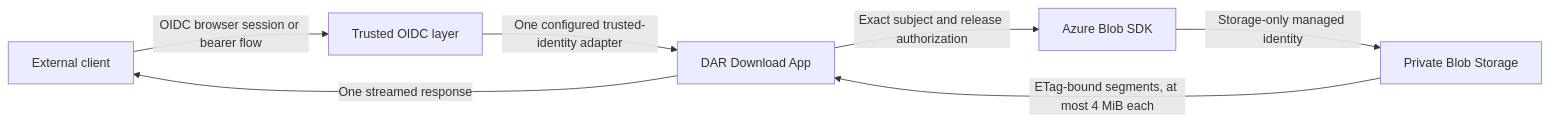
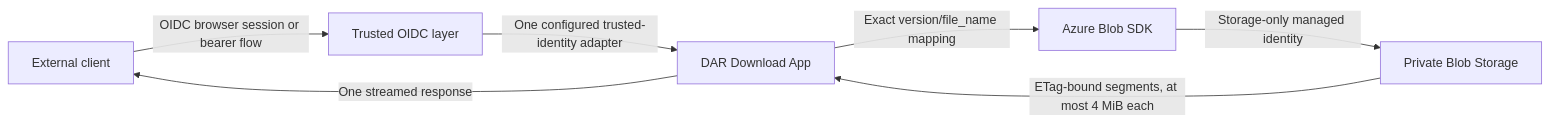
One commit to SalehElnagar/dar-download-app changed the diagram in README.md. Above: the diagram before and after it, drawn with Mermaid. The commit also changed other lines of this file and 25 other files, not shown here.

````diff
--- a/README.md
+++ b/README.md
@@ -16,9 +16,9 @@
 ```mermaid
 flowchart LR
     C["External client"] -->|"OIDC browser session or bearer flow"| OIDC["Trusted OIDC layer"]
     OIDC -->|"One configured trusted-identity adapter"| APP["DAR Download App"]
-    APP -->|"Exact subject and release authorization"| AZ["Azure Blob SDK"]
+    APP -->|"Exact version/file_name mapping"| AZ["Azure Blob SDK"]
     AZ -->|"Storage-only managed identity"| BS["Private Blob Storage"]
     BS -->|"ETag-bound segments, at most 4 MiB each"| APP
     APP -->|"One streamed response"| C
 ```
````
